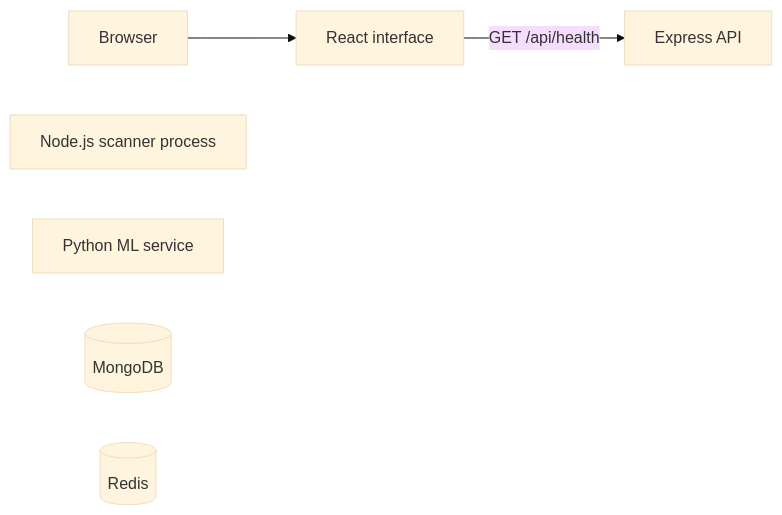
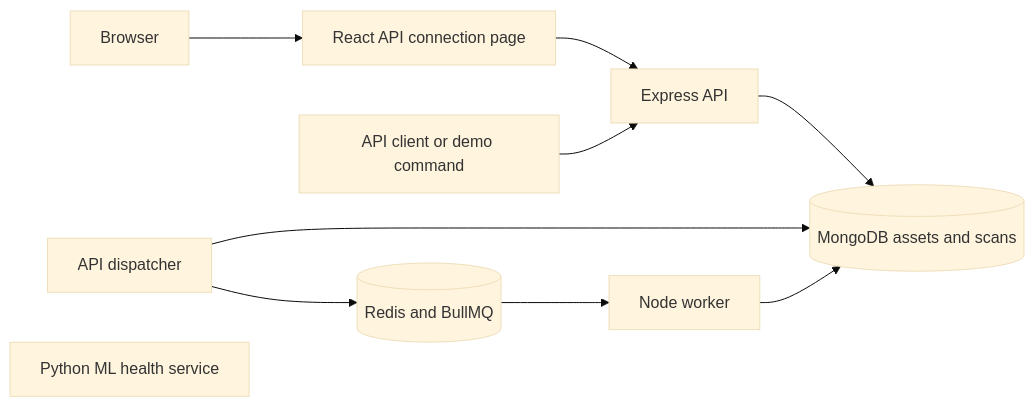
Before and after one commit to liorma6/AI-security-agent-: the diagram in docs/architecture.md, drawn with Mermaid (base theme). The commit also changed other lines of this file and 36 other files, not shown here.

````diff
--- a/docs/architecture.md
+++ b/docs/architecture.md
@@ -5,9 +5,12 @@
 ```mermaid
 flowchart LR
-    Browser --> Web[React interface]
-    Web -->|GET /api/health| API[Express API]
-    Scanner[Node.js scanner process]
-    ML[Python ML service]
-    Mongo[(MongoDB)]
-    Redis[(Redis)]
+    Browser --> Web[React API connection page]
+    Web --> API[Express API]
+    Client[API client or demo command] --> API
+    API --> Mongo[(MongoDB assets and scans)]
+    Dispatcher[API dispatcher] --> Mongo
+    Dispatcher --> Redis[(Redis and BullMQ)]
+    Redis --> Worker[Node worker]
+    Worker --> Mongo
+    ML[Python ML health service]
 ```
````
